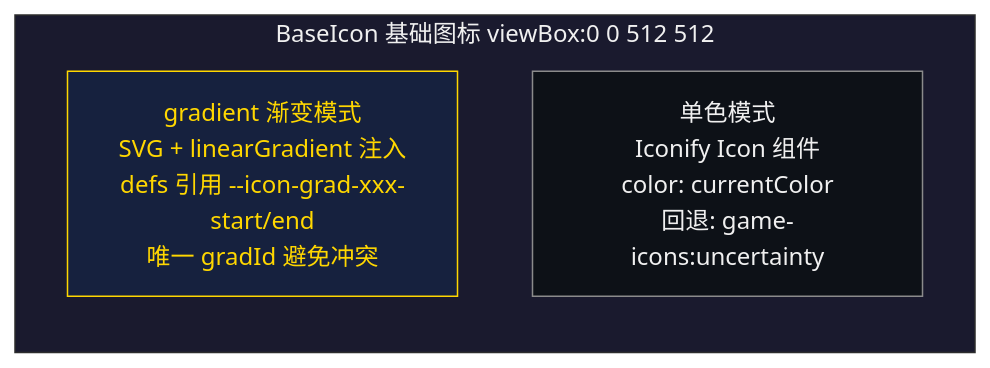
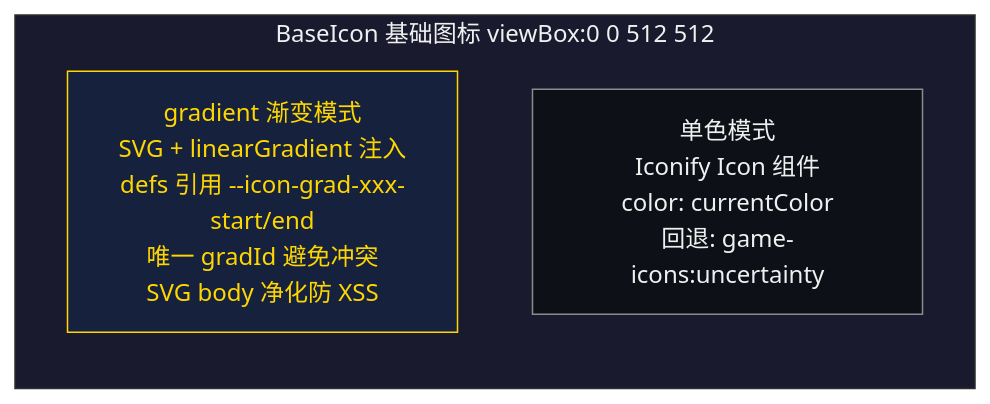
One commit to SonDemigods/wow_dnd changed the eighth of 9 diagrams in doc/UI/UI_DESIGN_SPEC_COMMON.md. Above: the diagram before and after it, drawn with Mermaid. The commit also changed other lines of this file and 55 other files, not shown here.

````diff
--- a/doc/UI/UI_DESIGN_SPEC_COMMON.md
+++ b/doc/UI/UI_DESIGN_SPEC_COMMON.md
@@ -854,16 +963,16 @@
 ```mermaid
 flowchart TB
     subgraph base["BaseIcon 基础图标 viewBox:0 0 512 512"]
         direction TB
-        grad["gradient 渐变模式<br>SVG + linearGradient 注入<br>defs 引用 --icon-grad-xxx-start/end<br>唯一 gradId 避免冲突"]
+        grad["gradient 渐变模式<br>SVG + linearGradient 注入<br>defs 引用 --icon-grad-xxx-start/end<br>唯一 gradId 避免冲突<br>SVG body 净化防 XSS"]
         solid["单色模式<br>Iconify Icon 组件<br>color: currentColor<br>回退: game-icons:uncertainty"]
     end
 
     classDef baseCls fill:#1a1a2e,stroke:#2d2d2d,color:#f0f0f0
     classDef gradCls fill:#16213e,stroke:#ffd700,color:#ffd700
     classDef solidCls fill:#0d1117,stroke:#8b8b8b,color:#f0f0f0
 
     class base baseCls
     class grad gradCls
     class solid solidCls
 ```
````
